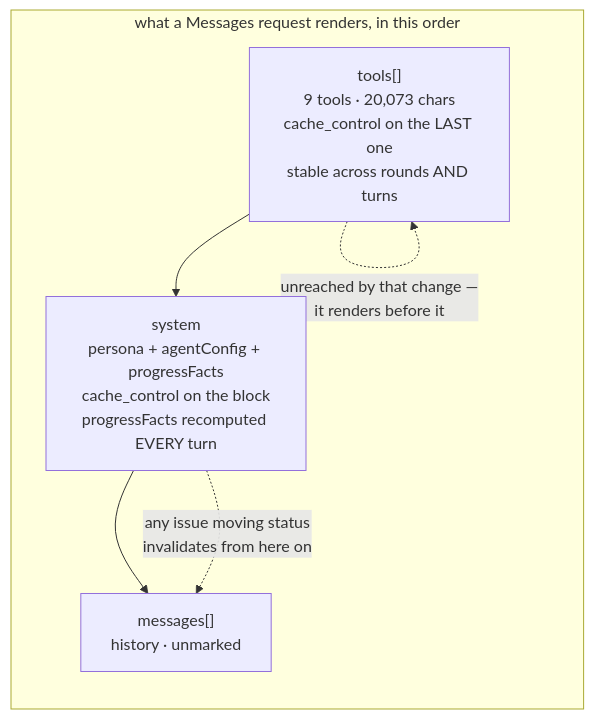
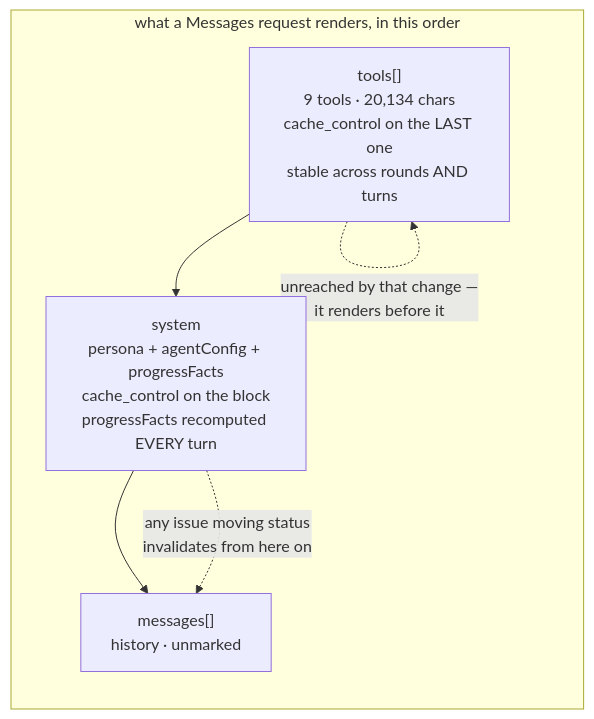
Before and after one commit to SidCorp-co/forge: the diagram in docs/modules/agent-execution/tool-catalog-cost.md, drawn with Mermaid. The commit also changed other lines of this file and 5 other files, not shown here.

````diff
--- a/docs/modules/agent-execution/tool-catalog-cost.md
+++ b/docs/modules/agent-execution/tool-catalog-cost.md
@@ -9,11 +13,11 @@
 ```mermaid
 flowchart LR
   subgraph PREFIX["what a Messages request renders, in this order"]
-    T["tools[]<br/>9 tools · 20,073 chars<br/>cache_control on the LAST one<br/>stable across rounds AND turns"]
+    T["tools[]<br/>9 tools · 20,134 chars<br/>cache_control on the LAST one<br/>stable across rounds AND turns"]
     S["system<br/>persona + agentConfig + progressFacts<br/>cache_control on the block<br/>progressFacts recomputed EVERY turn"]
     M["messages[]<br/>history · unmarked"]
   end
   T --> S --> M
   S -. "any issue moving status<br/>invalidates from here on" .-> M
   T -. "unreached by that change —<br/>it renders before it" .-> T
 ```
````
